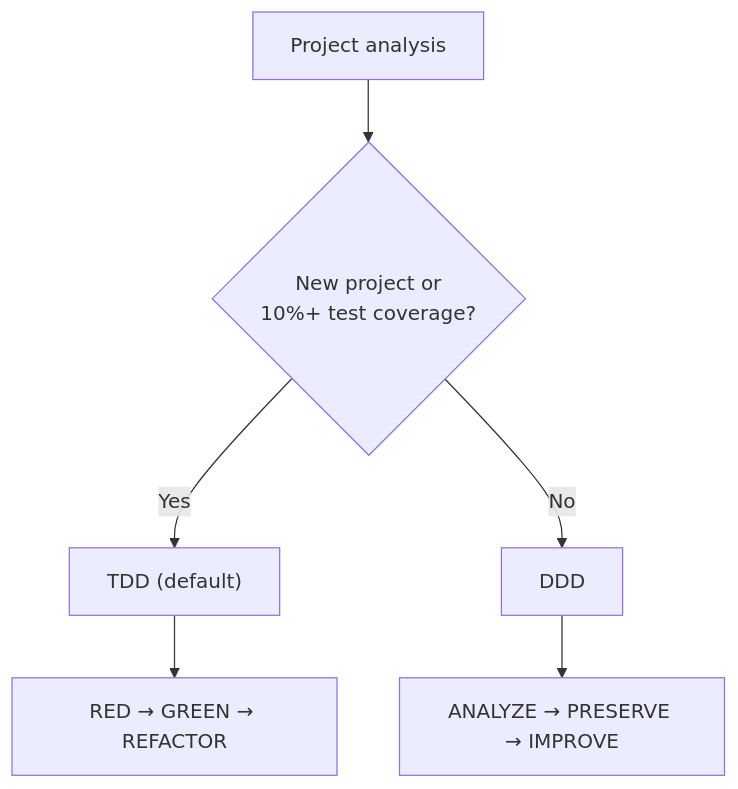
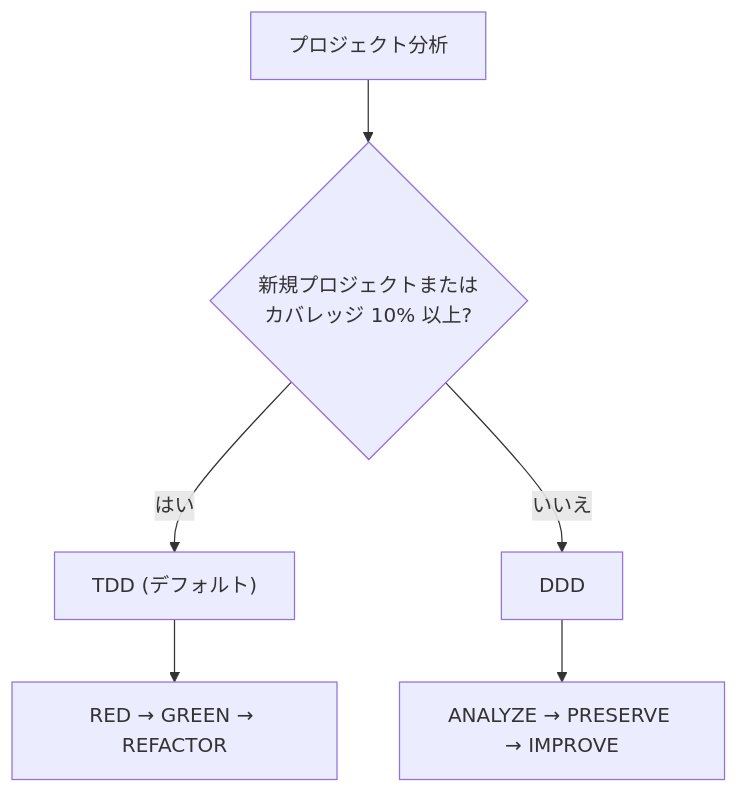
The third of 3 diagrams in README.ja.md (modu-ai/moai-adk), drawn with Mermaid before and after one commit. The commit also changed other lines of this file and 2 other files, not shown here.

````diff
--- a/README.ja.md
+++ b/README.ja.md
@@ -371,8 +396,8 @@
 ```mermaid
 flowchart TD
-    A["Project analysis"] --> B{"New project or<br/>10%+ test coverage?"}
-    B -->|"Yes"| C["TDD (default)"]
-    B -->|"No"| D["DDD"]
+    A["プロジェクト分析"] --> B{"新規プロジェクトまたは<br/>カバレッジ 10% 以上?"}
+    B -->|"はい"| C["TDD (デフォルト)"]
+    B -->|"いいえ"| D["DDD"]
     C --> F["RED → GREEN → REFACTOR"]
     D --> G["ANALYZE → PRESERVE → IMPROVE"]
 ```
````
